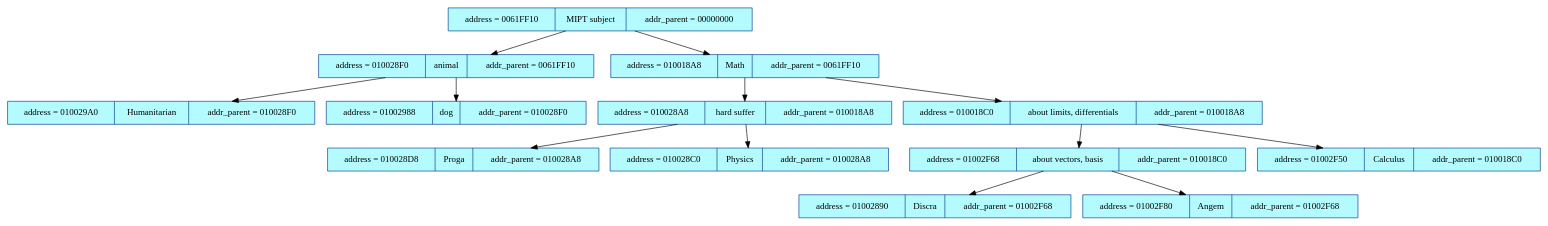
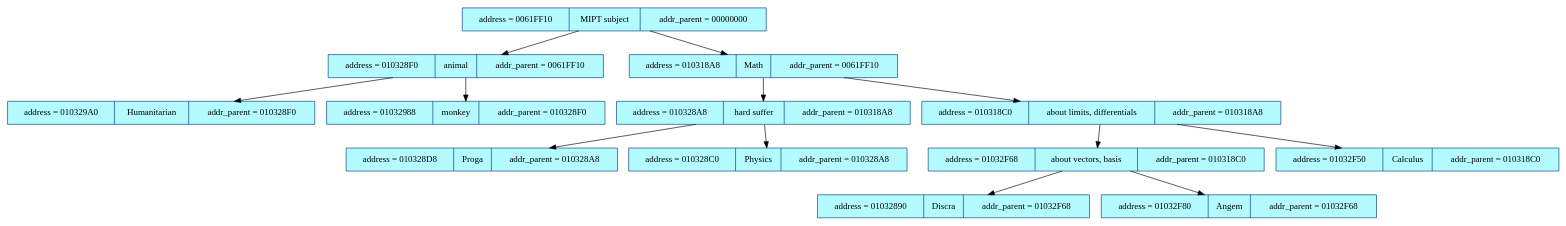
One commit to Dariazeml1007/Tree changed the diagram in dump.dot. Above: the diagram before and after it, drawn with Graphviz. The commit also changed 7 other files, not shown here.

```diff
--- a/dump.dot
+++ b/dump.dot
@@ -1,31 +1,31 @@
 digraph structs {
 rankdir=HR;
 node[color= "#003A8C",style="filled", fillcolor="#B4FBFF", fontsize=14];
 edge[color="black", weight = 9,fontsize=14];
 el_0061FF10 [shape=record, label= "address = 0061FF10|MIPT subject| addr_parent = 00000000"];
-el_010028F0 [shape=record, label= "address = 010028F0|animal| addr_parent = 0061FF10"];
-el_010029A0 [shape=record, label= "address = 010029A0|Humanitarian| addr_parent = 010028F0"];
-el_01002988 [shape=record, label= "address = 01002988|dog| addr_parent = 010028F0"];
-el_010018A8 [shape=record, label= "address = 010018A8|Math| addr_parent = 0061FF10"];
-el_010028A8 [shape=record, label= "address = 010028A8|hard suffer| addr_parent = 010018A8"];
-el_010028D8 [shape=record, label= "address = 010028D8|Proga| addr_parent = 010028A8"];
-el_010028C0 [shape=record, label= "address = 010028C0|Physics| addr_parent = 010028A8"];
-el_010018C0 [shape=record, label= "address = 010018C0|about limits, differentials| addr_parent = 010018A8"];
-el_01002F68 [shape=record, label= "address = 01002F68|about vectors, basis| addr_parent = 010018C0"];
-el_01002890 [shape=record, label= "address = 01002890|Discra| addr_parent = 01002F68"];
-el_01002F80 [shape=record, label= "address = 01002F80|Angem| addr_parent = 01002F68"];
-el_01002F50 [shape=record, label= "address = 01002F50|Calculus| addr_parent = 010018C0"];
-el_0061FF10->el_010028F0;
-el_010028F0->el_010029A0;
-el_010028F0->el_01002988;
-el_0061FF10->el_010018A8;
-el_010018A8->el_010028A8;
-el_010028A8->el_010028D8;
-el_010028A8->el_010028C0;
-el_010018A8->el_010018C0;
-el_010018C0->el_01002F68;
-el_01002F68->el_01002890;
-el_01002F68->el_01002F80;
-el_010018C0->el_01002F50;
+el_010328F0 [shape=record, label= "address = 010328F0|animal| addr_parent = 0061FF10"];
+el_010329A0 [shape=record, label= "address = 010329A0|Humanitarian| addr_parent = 010328F0"];
+el_01032988 [shape=record, label= "address = 01032988|monkey| addr_parent = 010328F0"];
+el_010318A8 [shape=record, label= "address = 010318A8|Math| addr_parent = 0061FF10"];
+el_010328A8 [shape=record, label= "address = 010328A8|hard suffer| addr_parent = 010318A8"];
+el_010328D8 [shape=record, label= "address = 010328D8|Proga| addr_parent = 010328A8"];
+el_010328C0 [shape=record, label= "address = 010328C0|Physics| addr_parent = 010328A8"];
+el_010318C0 [shape=record, label= "address = 010318C0|about limits, differentials| addr_parent = 010318A8"];
+el_01032F68 [shape=record, label= "address = 01032F68|about vectors, basis| addr_parent = 010318C0"];
+el_01032890 [shape=record, label= "address = 01032890|Discra| addr_parent = 01032F68"];
+el_01032F80 [shape=record, label= "address = 01032F80|Angem| addr_parent = 01032F68"];
+el_01032F50 [shape=record, label= "address = 01032F50|Calculus| addr_parent = 010318C0"];
+el_0061FF10->el_010328F0;
+el_010328F0->el_010329A0;
+el_010328F0->el_01032988;
+el_0061FF10->el_010318A8;
+el_010318A8->el_010328A8;
+el_010328A8->el_010328D8;
+el_010328A8->el_010328C0;
+el_010318A8->el_010318C0;
+el_010318C0->el_01032F68;
+el_01032F68->el_01032890;
+el_01032F68->el_01032F80;
+el_010318C0->el_01032F50;
 
 }
```
